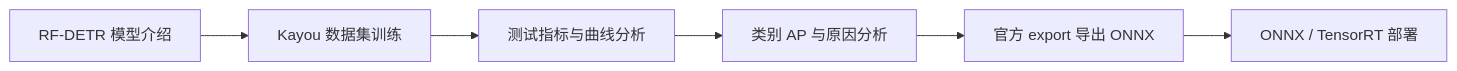
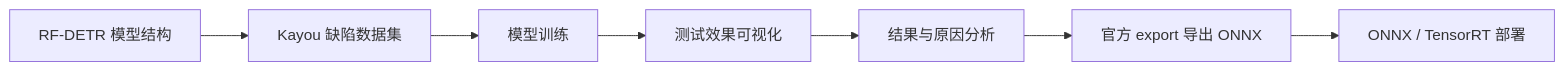
One commit to zhoujiawei2002-arch/rf-detr changed the first of 2 diagrams in README.md. Above: the diagram before and after it, drawn with Mermaid. The commit also changed other lines of this file, not shown here.

````diff
--- a/README.md
+++ b/README.md
@@ -12,8 +9,9 @@
 ```mermaid
 flowchart LR
-    A["RF-DETR 模型介绍"] --> B["Kayou 数据集训练"]
-    B --> C["测试指标与曲线分析"]
-    C --> D["类别 AP 与原因分析"]
-    D --> E["官方 export 导出 ONNX"]
-    E --> F["ONNX / TensorRT 部署"]
+    A["RF-DETR 模型结构"] --> B["Kayou 缺陷数据集"]
+    B --> C["模型训练"]
+    C --> D["测试效果可视化"]
+    D --> E["结果与原因分析"]
+    E --> F["官方 export 导出 ONNX"]
+    F --> G["ONNX / TensorRT 部署"]
 ```
````
